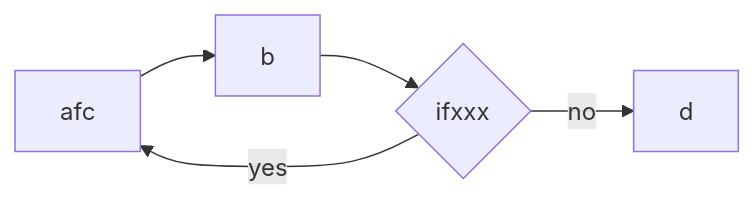
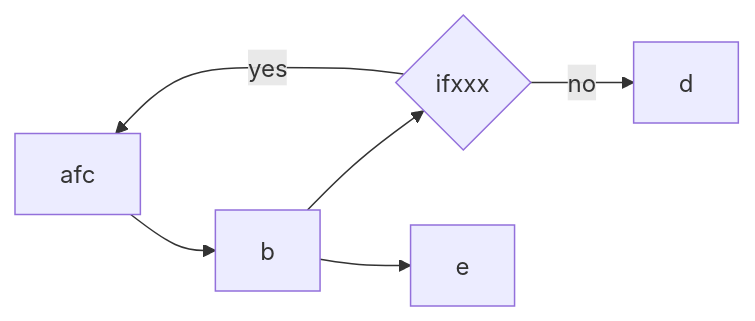
One commit to norven63/MyObsidian changed the first of 3 diagrams in 13沉淀笔记/MarkDown流程图示例.md. Above: the diagram before and after it, drawn with Mermaid.

Commit message:
auto commit

````diff
--- a/13沉淀笔记/MarkDown流程图示例.md
+++ b/13沉淀笔记/MarkDown流程图示例.md
@@ -9,7 +9,8 @@
 ```mermaid
 flowchart LR
 	a[afc]-->b
 	b-->c{ifxxx}
 	c-->|yes|a
 	c-->|no|d
+	b-->e
 ```
````
